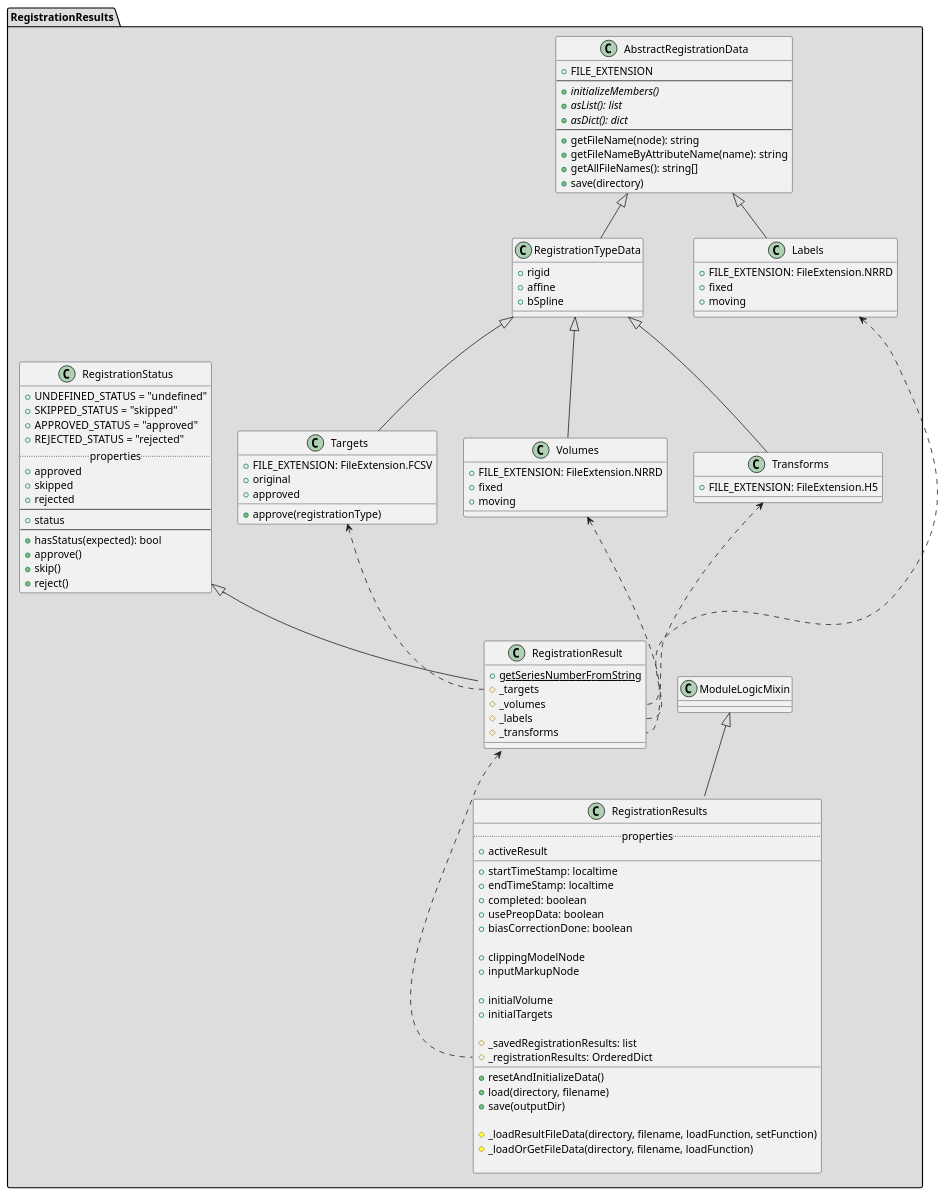
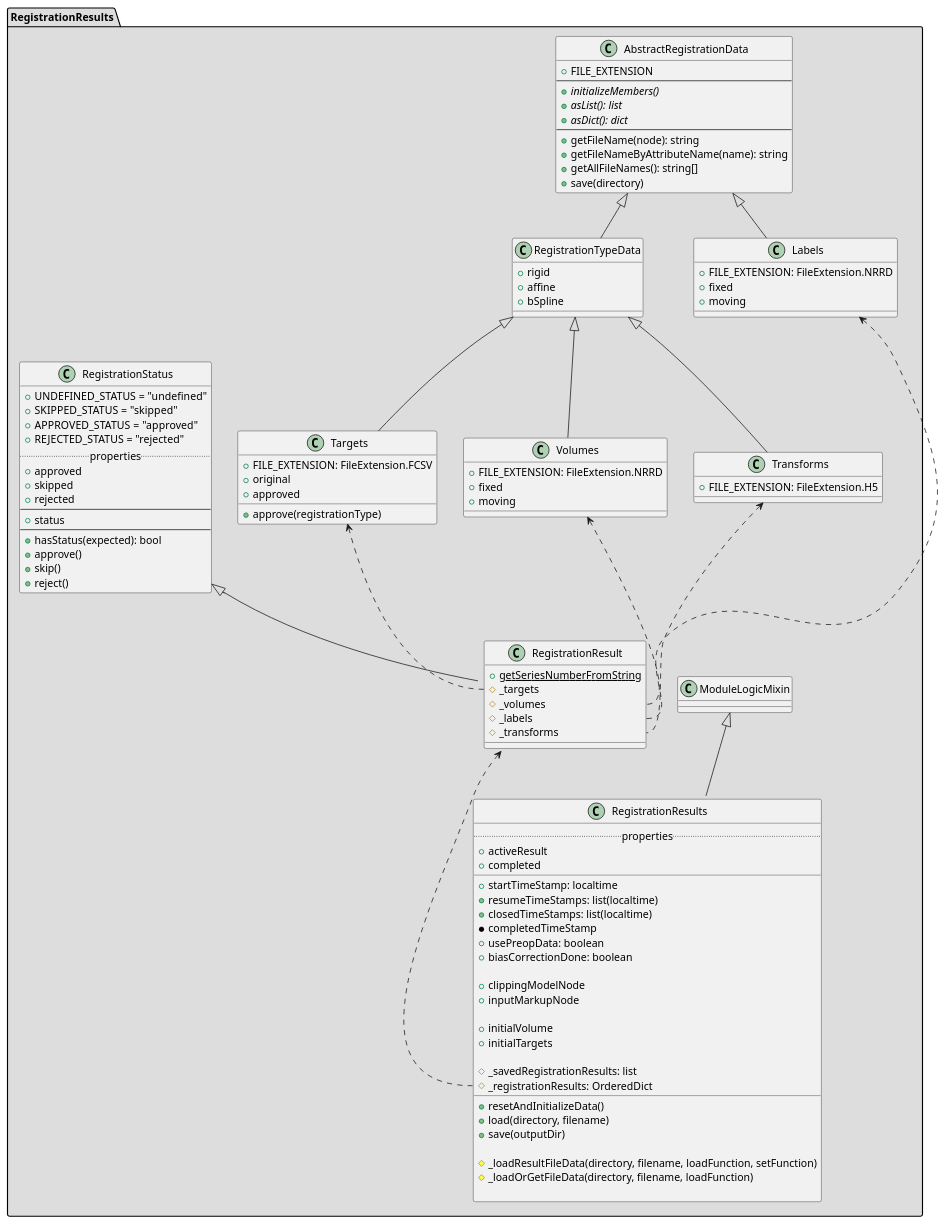
Before and after one commit to SlicerProstate/SliceTracker: the diagram in puml/RegistrationResults.puml, drawn with PlantUML. The commit also changed 3 other files, not shown here.

```diff
--- a/puml/RegistrationResults.puml
+++ b/puml/RegistrationResults.puml
@@ -1,120 +1,122 @@
 @startuml
 
 package "RegistrationResults" #DDDDDD {
 
   class RegistrationResults {
     .. properties ..
     + activeResult
+    + completed
     __
     + startTimeStamp: localtime
-    + endTimeStamp: localtime
-    + completed: boolean
+    + resumeTimeStamps: list(localtime)
+    + closedTimeStamps: list(localtime)
+    * completedTimeStamp
     + usePreopData: boolean
     + biasCorrectionDone: boolean
 
     + clippingModelNode
     + inputMarkupNode
 
     + initialVolume
     + initialTargets
 
     # _savedRegistrationResults: list
     # _registrationResults: OrderedDict
     __
     + resetAndInitializeData()
     + load(directory, filename)
     + save(outputDir)
 
     # _loadResultFileData(directory, filename, loadFunction, setFunction)
     # _loadOrGetFileData(directory, filename, loadFunction)
 
   }
 
   ModuleLogicMixin <|-- RegistrationResults
 
   class RegistrationStatus {
     + UNDEFINED_STATUS = "undefined"
     + SKIPPED_STATUS = "skipped"
     + APPROVED_STATUS = "approved"
     + REJECTED_STATUS = "rejected"
     .. properties ..
     + approved
     + skipped
     + rejected
     --
     + status
     --
     + hasStatus(expected): bool
     + approve()
     + skip()
     + reject()
   }
 
   class RegistrationResult {
     + {static} getSeriesNumberFromString
     # _targets
     # _volumes
     # _labels
     # _transforms
   }
 
   RegistrationStatus <|-- RegistrationResult
 
   class AbstractRegistrationData {
     + FILE_EXTENSION
     --
     + {abstract} initializeMembers()
     + {abstract} asList(): list
     + {abstract} asDict(): dict
     --
     + getFileName(node): string
     + getFileNameByAttributeName(name): string
     + getAllFileNames(): string[]
     + save(directory)
   }
 
   AbstractRegistrationData <|-- RegistrationTypeData
 
   class RegistrationTypeData {
     + rigid
     + affine
     + bSpline
   }
 
   class Labels {
     + FILE_EXTENSION: FileExtension.NRRD
     + fixed
     + moving
   }
 
   class Volumes {
     + FILE_EXTENSION: FileExtension.NRRD
     + fixed
     + moving
   }
 
   class Transforms {
     + FILE_EXTENSION: FileExtension.H5
   }
 
   class Targets {
     + FILE_EXTENSION: FileExtension.FCSV
     + original
     + approved
     + approve(registrationType)
   }
 
   AbstractRegistrationData <|-- Labels
   RegistrationTypeData <|-- Volumes
   RegistrationTypeData <|-- Transforms
   RegistrationTypeData <|-- Targets
 
   Volumes <.. RegistrationResult::_volumes
   Targets <.. RegistrationResult::_targets
   Labels <.. RegistrationResult::_labels
   Transforms <.. RegistrationResult::_transforms
 
   RegistrationResult <.. RegistrationResults::_registrationResults
 }
 
 @enduml
```
